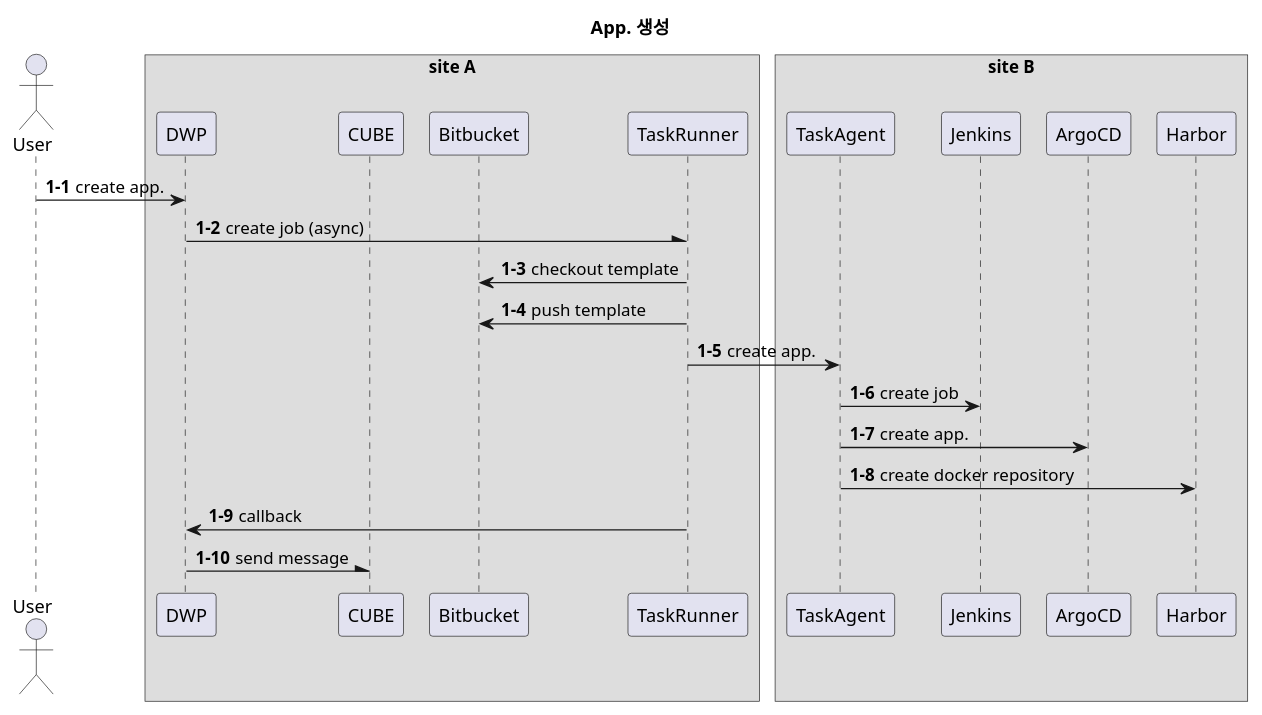
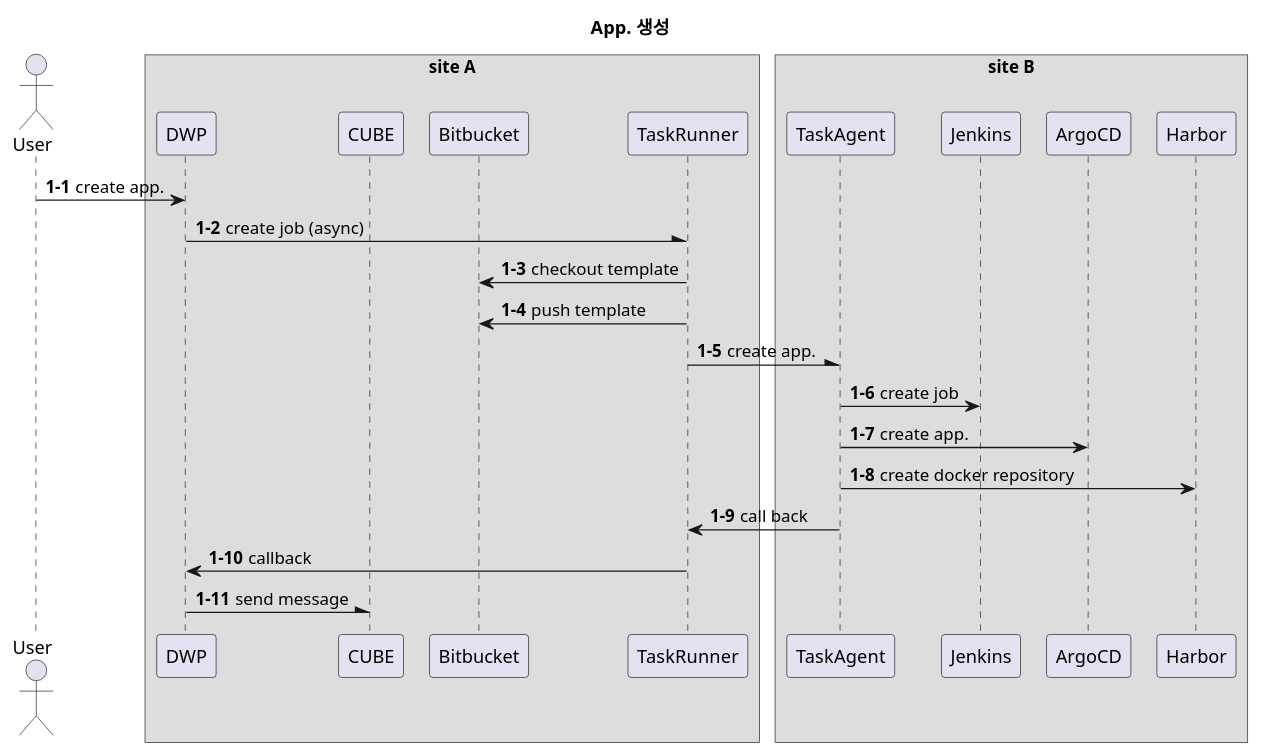
Before and after one commit to kloudbank/htdp1.github.io: the fourth of 5 diagrams in docs/src/multi-cloud/diagram.md, drawn with PlantUML. The commit also changed other lines of this file, not shown here.

```diff
--- a/docs/src/multi-cloud/diagram.md
+++ b/docs/src/multi-cloud/diagram.md
@@ -124,34 +117,35 @@
 @startuml
 
 scale 1
 skinparam ParticipantPadding 5
 skinparam BoxPadding 5
 title "App. 생성"
 
 actor User
 box "site A"
 participant DWP
 participant CUBE
 participant Bitbucket
 participant TaskRunner
 end box
 box "site B"
 participant TaskAgent
 participant Jenkins
 participant ArgoCD
 participant Harbor
 end box
 
 autonumber 1-1
 User -> DWP : create app.
 DWP -\ TaskRunner : create job (async)
 TaskRunner -> Bitbucket : checkout template
 TaskRunner -> Bitbucket : push template
-TaskRunner -> TaskAgent : create app.
+TaskRunner -\ TaskAgent : create app.
 TaskAgent -> Jenkins : create job
 TaskAgent -> ArgoCD : create app.
 TaskAgent -> Harbor : create docker repository
+TaskAgent -> TaskRunner : call back
 TaskRunner -> DWP : callback
 DWP -\ CUBE : send message
 
 @enduml
```
